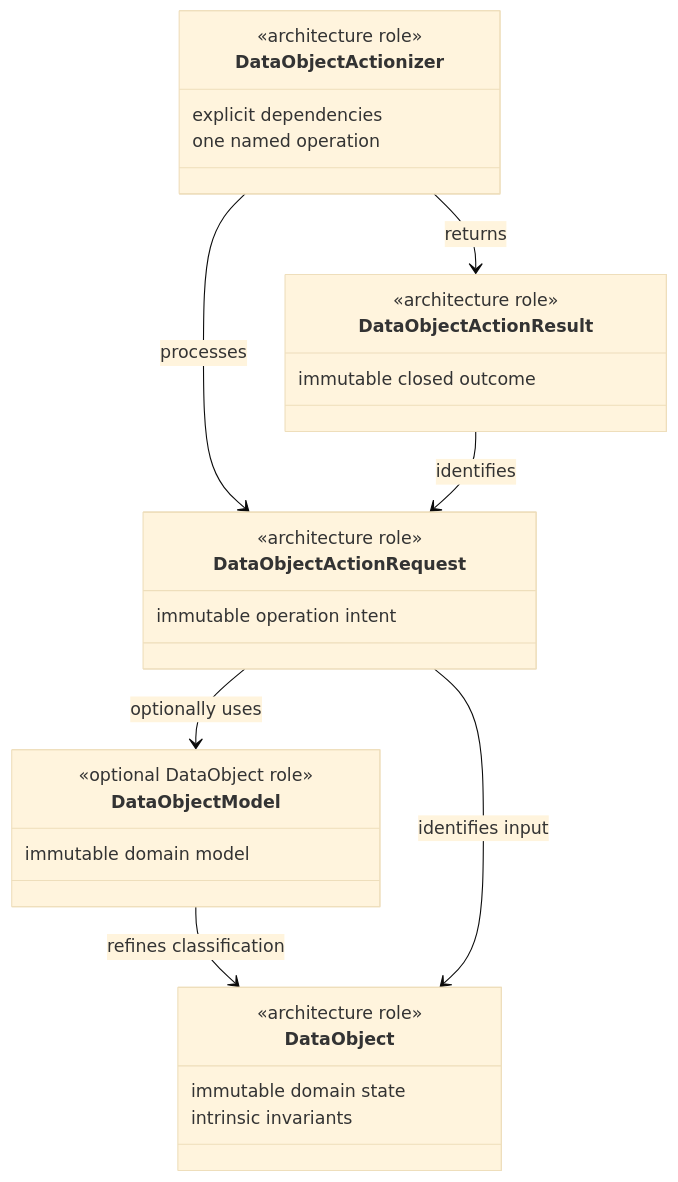
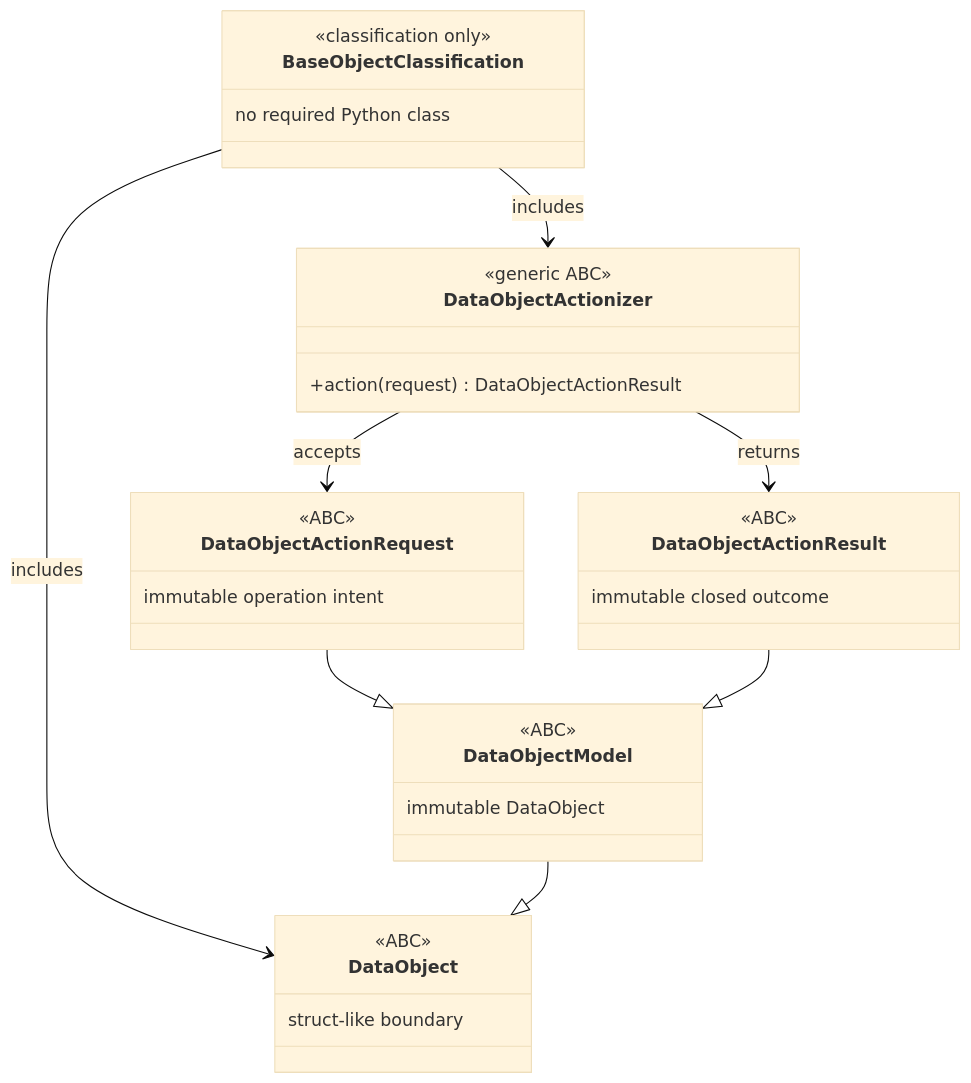
One commit to eragasa/projectkoios changed the diagram in docs/policies/code/python.md. Above: the diagram before and after it, drawn with Mermaid (base theme). The commit also changed other lines of this file and 10 other files, not shown here.

Commit message:
feat: define thin data object base ABCs

````diff
--- a/docs/policies/code/python.md
+++ b/docs/policies/code/python.md
@@ -53,32 +51,35 @@
 ```mermaid
 classDiagram
+    class BaseObjectClassification {
+        <<classification only>>
+        no required Python class
+    }
     class DataObject {
-        <<architecture role>>
-        immutable domain state
-        intrinsic invariants
+        <<ABC>>
+        struct-like boundary
     }
     class DataObjectModel {
-        <<optional DataObject role>>
-        immutable domain model
+        <<ABC>>
+        immutable DataObject
     }
     class DataObjectActionRequest {
-        <<architecture role>>
+        <<ABC>>
         immutable operation intent
     }
     class DataObjectActionizer {
-        <<architecture role>>
-        explicit dependencies
-        one named operation
+        <<generic ABC>>
+        +action(request) DataObjectActionResult
     }
     class DataObjectActionResult {
-        <<architecture role>>
+        <<ABC>>
         immutable closed outcome
     }
 
-    DataObjectModel --> DataObject : refines classification
-    DataObjectActionRequest --> DataObject : identifies input
-    DataObjectActionRequest --> DataObjectModel : optionally uses
-    DataObjectActionizer --> DataObjectActionRequest : processes
+    BaseObjectClassification --> DataObject : includes
+    BaseObjectClassification --> DataObjectActionizer : includes
+    DataObjectModel --|> DataObject
+    DataObjectActionRequest --|> DataObjectModel
+    DataObjectActionResult --|> DataObjectModel
+    DataObjectActionizer --> DataObjectActionRequest : accepts
     DataObjectActionizer --> DataObjectActionResult : returns
-    DataObjectActionResult --> DataObjectActionRequest : identifies
 ```
````
